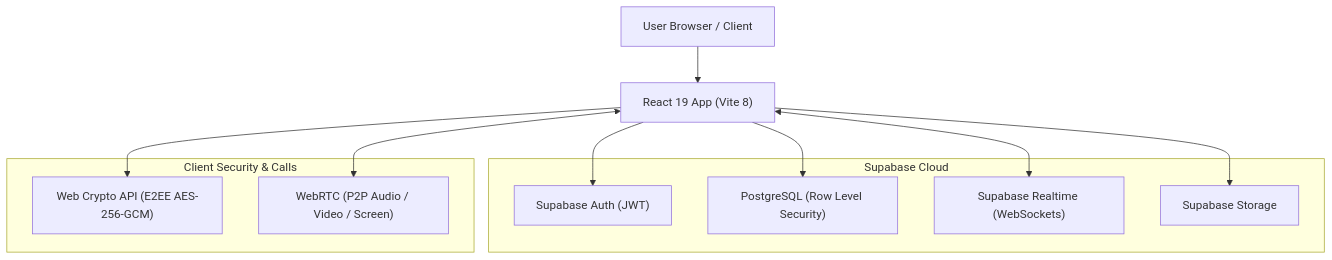
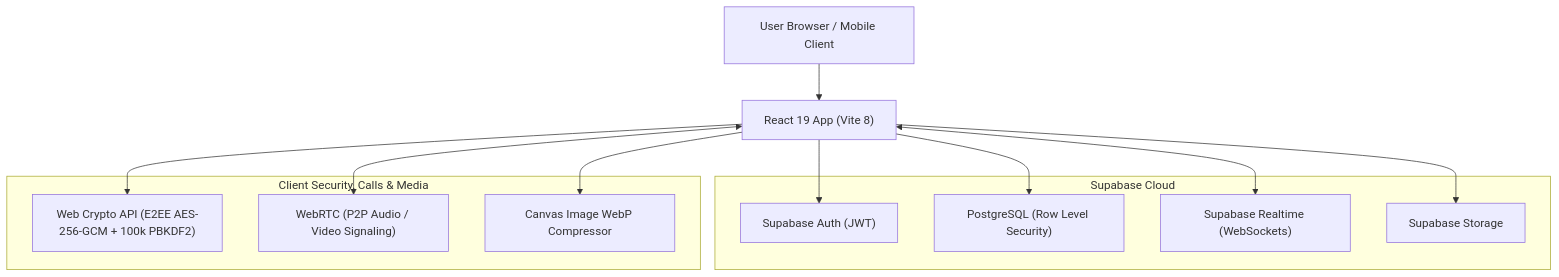
Before and after one commit to VishnuSreeVidya/NodeTalk: the diagram in README.md, drawn with Mermaid. The commit also changed other lines of this file, not shown here.

Commit message:
docs: update README with PBKDF2 100k security, mobile viewport fitting, WebP compression, and WebRTC call signaling

````diff
--- a/README.md
+++ b/README.md
@@ -54,25 +56,27 @@
 ```mermaid
 graph TD
-    User["User Browser / Client"]
+    User["User Browser / Mobile Client"]
     ReactApp["React 19 App (Vite 8)"]
 
     subgraph SupabaseCloud["Supabase Cloud"]
         Auth["Supabase Auth (JWT)"]
         Database["PostgreSQL (Row Level Security)"]
         Realtime["Supabase Realtime (WebSockets)"]
         Storage["Supabase Storage"]
     end
 
-    subgraph ClientAPIs["Client Security & Calls"]
-        Crypto["Web Crypto API (E2EE AES-256-GCM)"]
-        WebRTC["WebRTC (P2P Audio / Video / Screen)"]
+    subgraph ClientAPIs["Client Security, Calls & Media"]
+        Crypto["Web Crypto API (E2EE AES-256-GCM + 100k PBKDF2)"]
+        WebRTC["WebRTC (P2P Audio / Video Signaling)"]
+        Compressor["Canvas Image WebP Compressor"]
     end
 
     User --> ReactApp
     ReactApp --> Auth
     ReactApp --> Database
     ReactApp <--> Realtime
     ReactApp --> Storage
     ReactApp --> Crypto
+    ReactApp --> Compressor
     ReactApp <--> WebRTC
 ```
````
